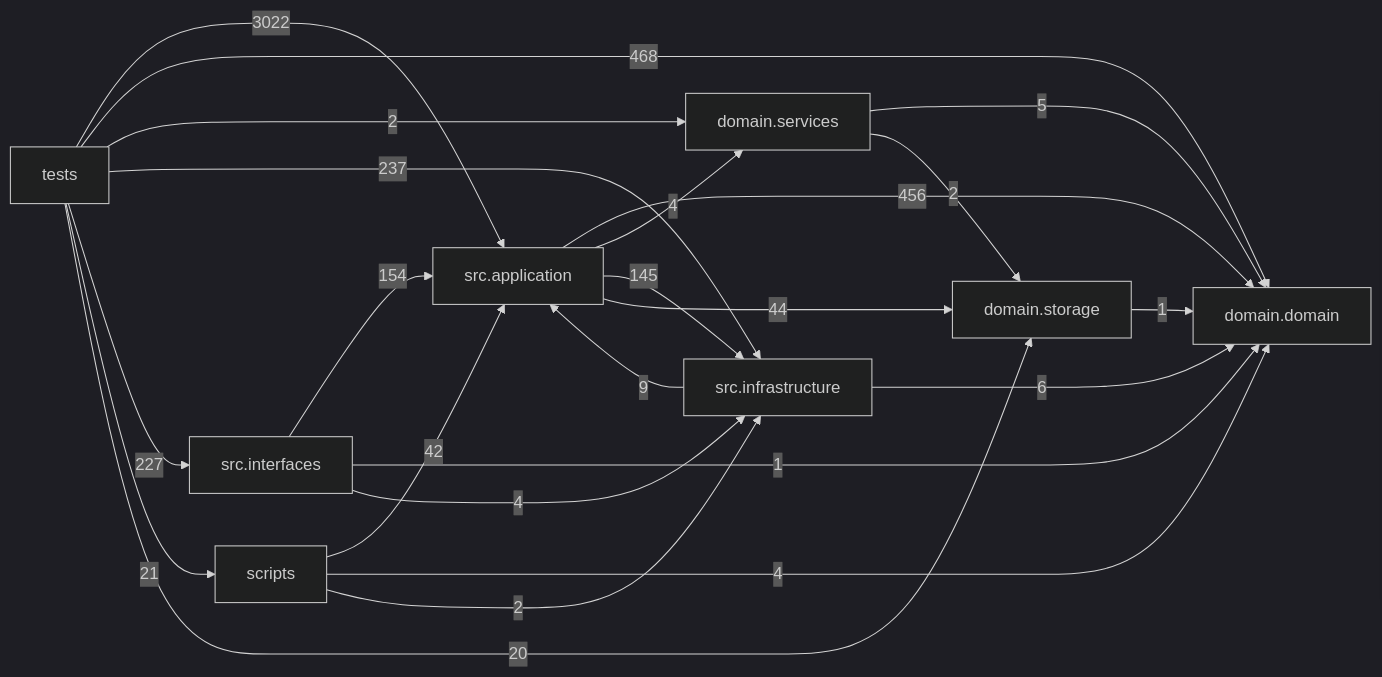
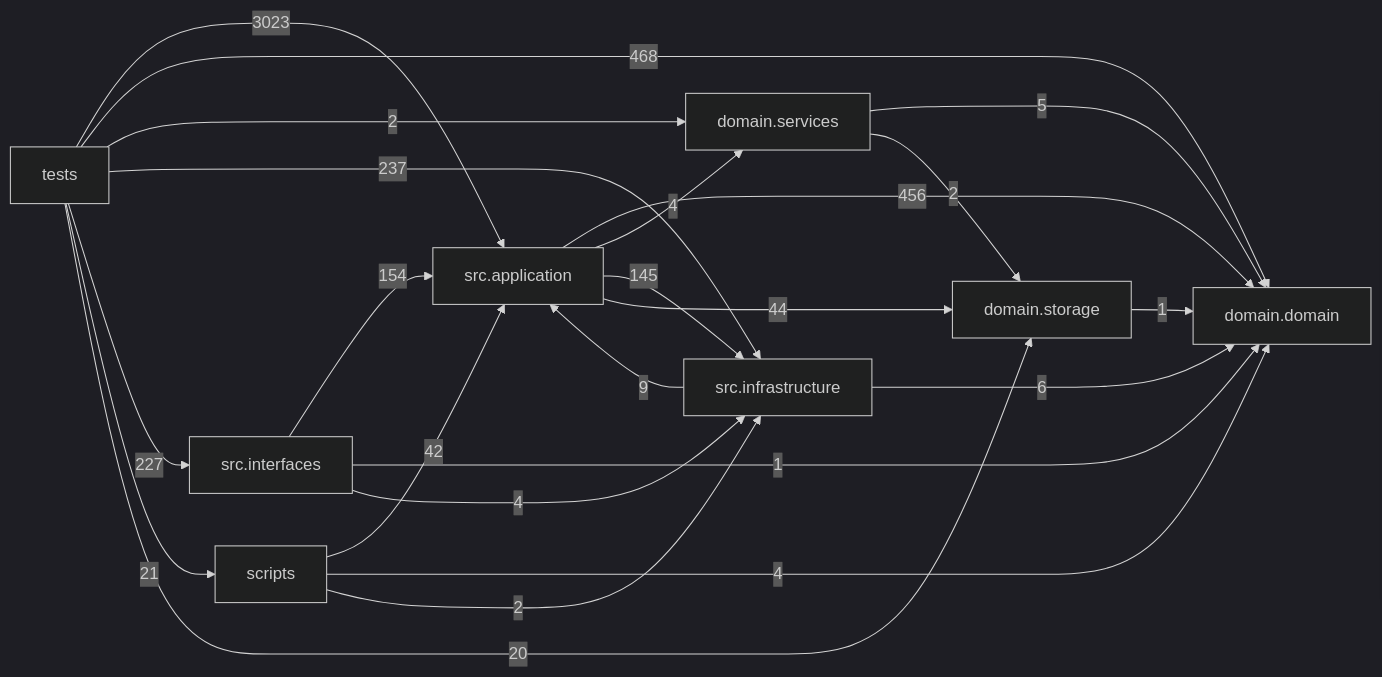
The diagram in docs/DEPENDENCY_GRAPH.md (liuxie066/options-monitor), drawn with Mermaid (dark theme) before and after one commit. The commit also changed other lines of this file and 2 other files, not shown here.

````diff
--- a/docs/DEPENDENCY_GRAPH.md
+++ b/docs/DEPENDENCY_GRAPH.md
@@ -24,33 +24,33 @@
 ```mermaid
 flowchart LR
   tests["tests"]
   scripts["scripts"]
   interfaces["src.interfaces"]
   application["src.application"]
   infrastructure["src.infrastructure"]
   domain_services["domain.services"]
   domain["domain.domain"]
   storage["domain.storage"]
   application -->|456| domain
   application -->|4| domain_services
   application -->|145| infrastructure
   application -->|44| storage
   domain_services -->|5| domain
   domain_services -->|2| storage
   infrastructure -->|9| application
   infrastructure -->|6| domain
   interfaces -->|154| application
   interfaces -->|1| domain
   interfaces -->|4| infrastructure
   scripts -->|42| application
   scripts -->|4| domain
   scripts -->|2| infrastructure
   storage -->|1| domain
-  tests -->|3022| application
+  tests -->|3023| application
   tests -->|468| domain
   tests -->|2| domain_services
   tests -->|237| infrastructure
   tests -->|227| interfaces
   tests -->|21| scripts
   tests -->|20| storage
 ```
````
